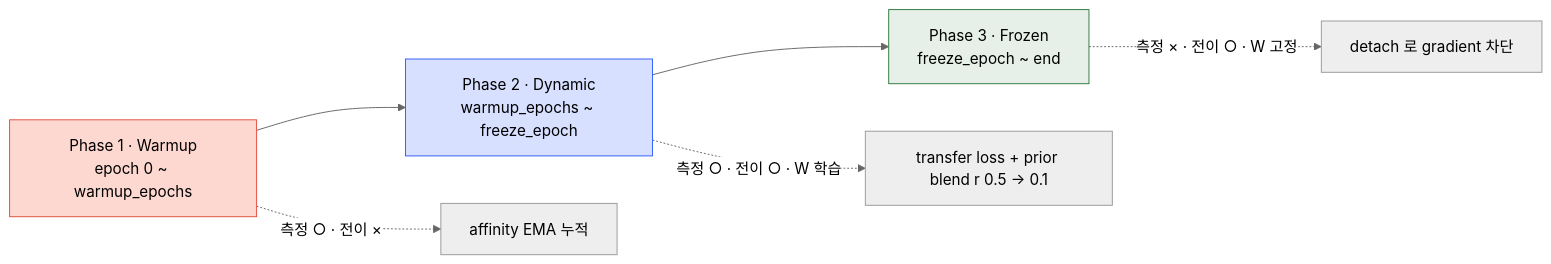
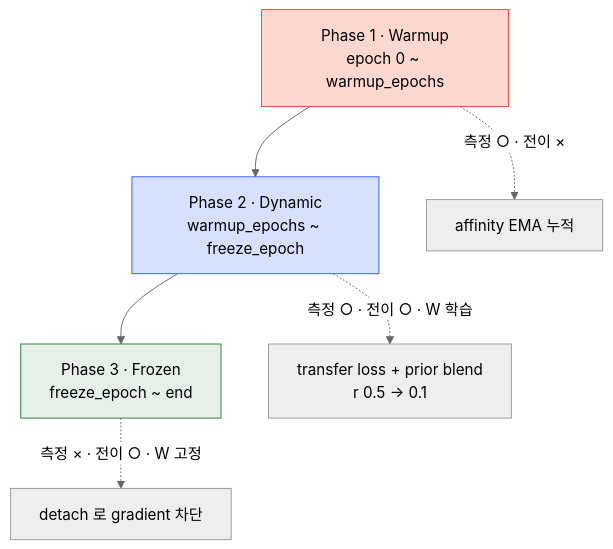
One commit to bluethestyle/bluethestyle.github.io changed the diagram in src/content/posts/2026-04-20-adatt-3-transfer-loss-group-prior-schedule-ko.md. Above: the diagram before and after it, drawn with Mermaid (neutral theme). The commit also changed 1 other file, not shown here.

Commit message:
viz(adatt-3): 3-Phase diagram LR → TB
Same issue as earlier Mermaid flips — narrow post column squeezed
the horizontal 3-phase flow until node text collapsed. TB gives
each phase box full row width. Side-branch operation nodes (affinity
EMA / transfer loss + prior blend / detach) now sit alongside their
respective phase with full-width labels. Broke the 'transfer loss +
prior blend r 0.5 → 0.1' into two lines for good measure.

Both KO and EN updated.

````diff
--- a/src/content/posts/2026-04-20-adatt-3-transfer-loss-group-prior-schedule-ko.md
+++ b/src/content/posts/2026-04-20-adatt-3-transfer-loss-group-prior-schedule-ko.md
@@ -160,13 +160,13 @@
 ```mermaid
-flowchart LR
+flowchart TB
   p1[Phase 1 · Warmup<br/>epoch 0 ~ warmup_epochs]
   p2[Phase 2 · Dynamic<br/>warmup_epochs ~ freeze_epoch]
   p3[Phase 3 · Frozen<br/>freeze_epoch ~ end]
   p1 --> p2 --> p3
   p1 -. 측정 ○ · 전이 × .-> op1[affinity EMA 누적]
-  p2 -. 측정 ○ · 전이 ○ · W 학습 .-> op2[transfer loss + prior blend r 0.5 → 0.1]
+  p2 -. 측정 ○ · 전이 ○ · W 학습 .-> op2[transfer loss + prior blend<br/>r 0.5 → 0.1]
   p3 -. 측정 × · 전이 ○ · W 고정 .-> op3[detach 로 gradient 차단]
   style p1 fill:#FDD8D1,stroke:#E14F3A
   style p2 fill:#D8E0FF,stroke:#2E5BFF
   style p3 fill:#E7F0E8,stroke:#2F7A3F
 ```
````
